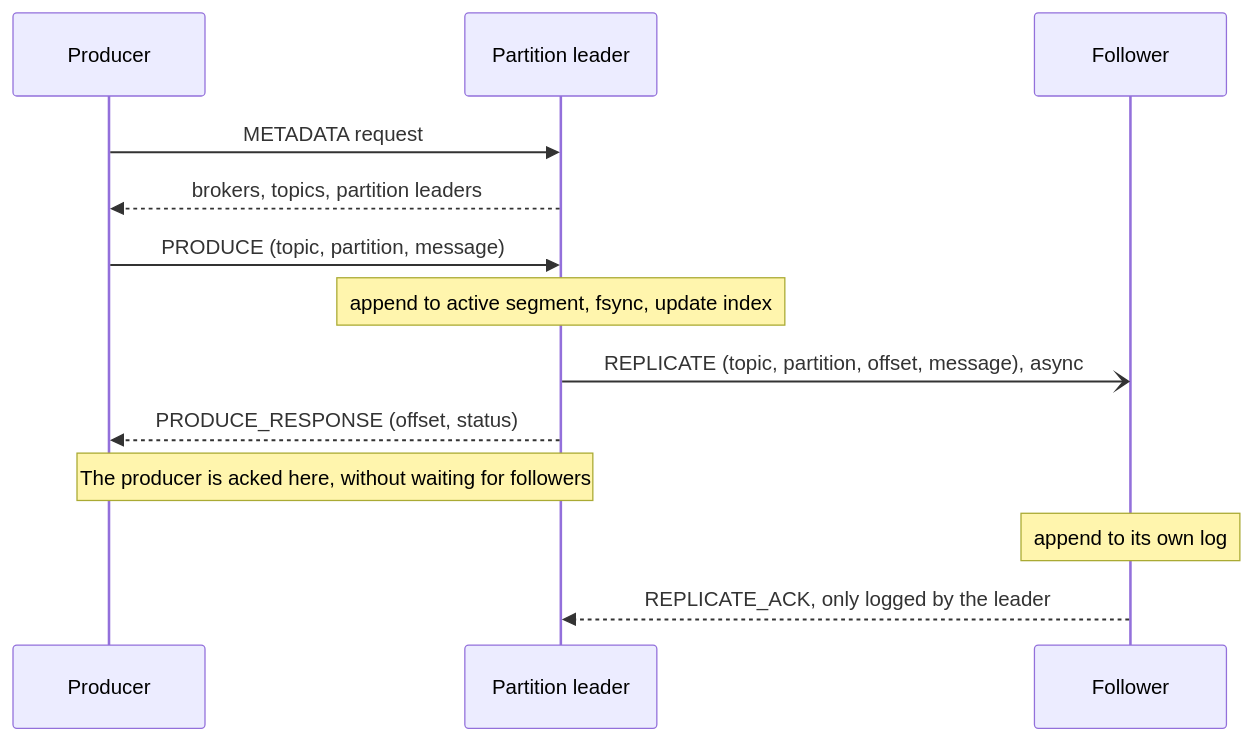
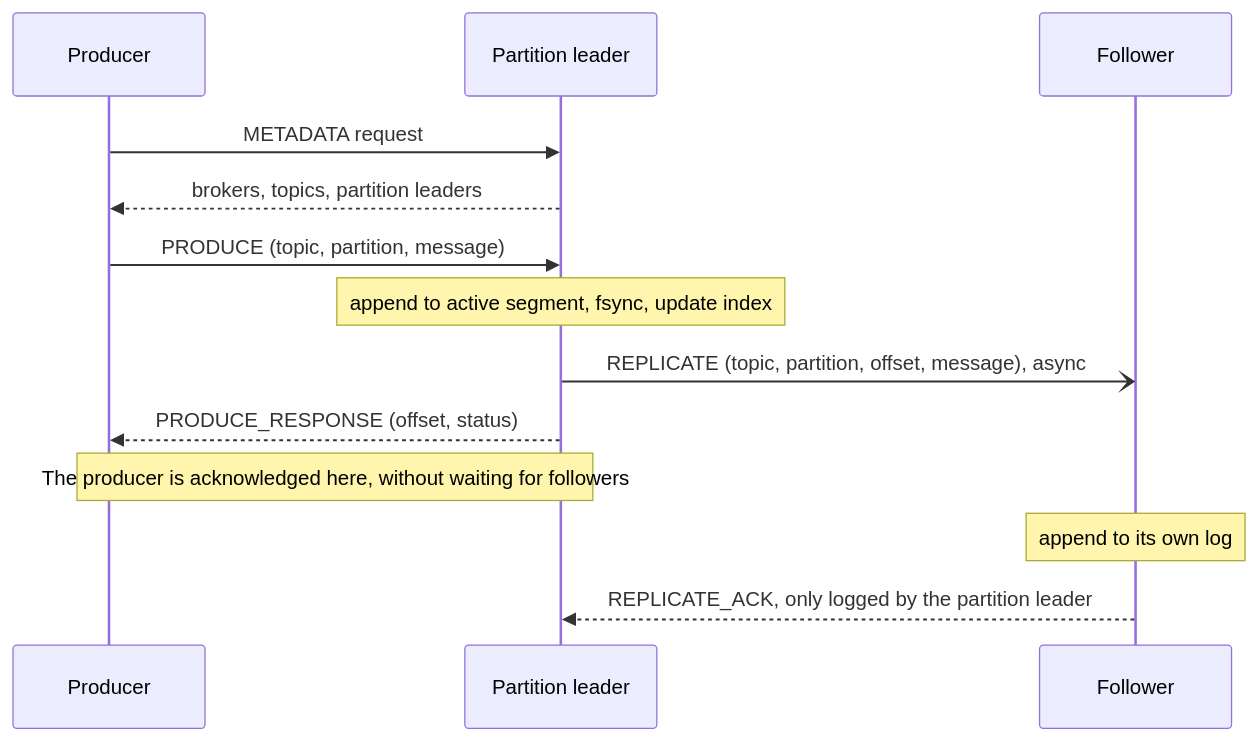
The second of 2 diagrams in README.md (kratikbhadoriya/SimpleKafka), drawn with Mermaid before and after one commit. The commit also changed other lines of this file and 3 other files, not shown here.

````diff
--- a/README.md
+++ b/README.md
@@ -93,16 +95,16 @@
 ```mermaid
 sequenceDiagram
     participant P as Producer
     participant L as Partition leader
     participant F as Follower
 
     P->>L: METADATA request
     L-->>P: brokers, topics, partition leaders
     P->>L: PRODUCE (topic, partition, message)
     Note over L: append to active segment, fsync, update index
     L-)F: REPLICATE (topic, partition, offset, message), async
     L-->>P: PRODUCE_RESPONSE (offset, status)
-    Note over L,P: The producer is acked here, without waiting for followers
+    Note over L,P: The producer is acknowledged here, without waiting for followers
     Note over F: append to its own log
-    F-->>L: REPLICATE_ACK, only logged by the leader
+    F-->>L: REPLICATE_ACK, only logged by the partition leader
 ```
````
